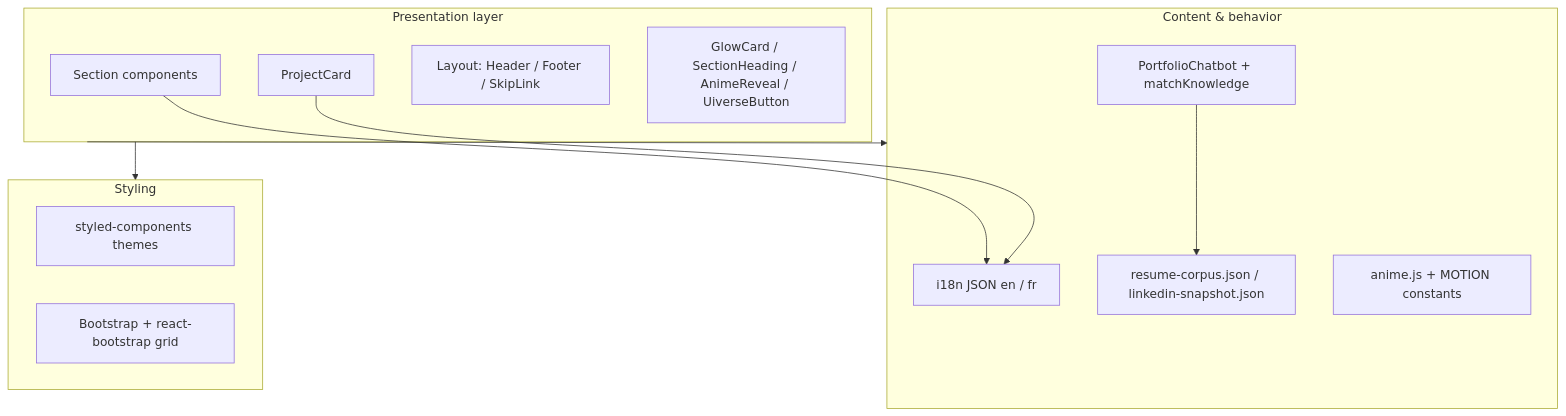
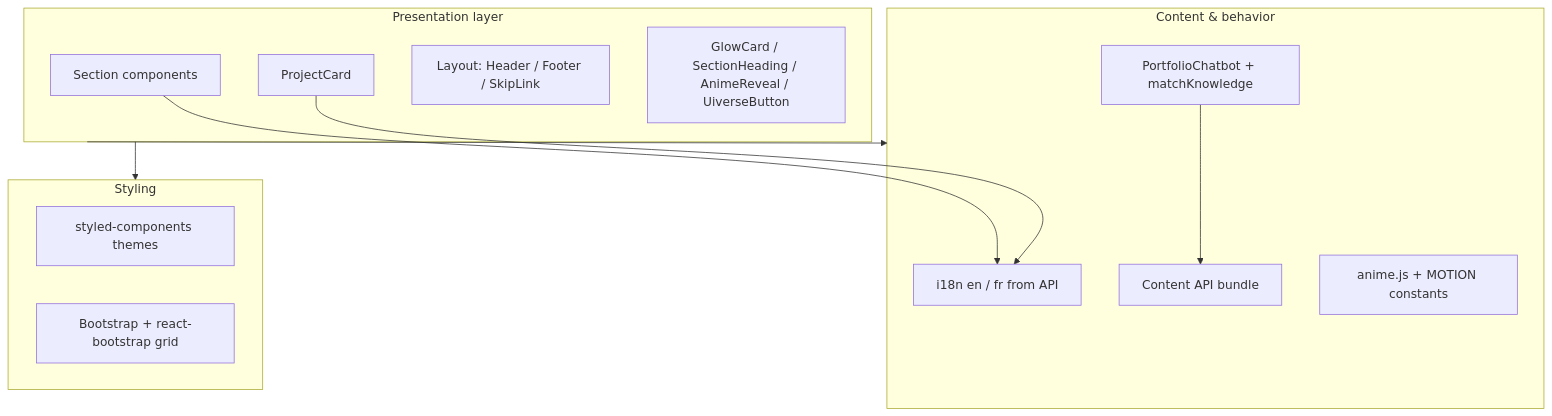
One commit to kdutta25/my-portfolio changed the third of 3 diagrams in README.md. Above: the diagram before and after it, drawn with Mermaid. The commit also changed other lines of this file and 36 other files, not shown here.

First line of the commit message:
Load site copy from REST content API

````diff
--- a/README.md
+++ b/README.md
@@ -158,27 +158,27 @@
 ```mermaid
 flowchart TB
   subgraph presentation["Presentation layer"]
     SEC[Section components]
     PC[ProjectCard]
     LAY[Layout: Header / Footer / SkipLink]
     UI[GlowCard / SectionHeading / AnimeReveal / UiverseButton]
   end
 
   subgraph styling["Styling"]
     SC[styled-components themes]
     BS[Bootstrap + react-bootstrap grid]
   end
 
   subgraph content["Content & behavior"]
-    L10n[i18n JSON en / fr]
+    L10n[i18n en / fr from API]
     CHAT[PortfolioChatbot + matchKnowledge]
-    DATA[resume-corpus.json / linkedin-snapshot.json]
+    DATA[Content API bundle]
     MOTION[anime.js + MOTION constants]
   end
 
   presentation --> styling
   presentation --> content
   CHAT --> DATA
   SEC --> L10n
   PC --> L10n
 ```
````
